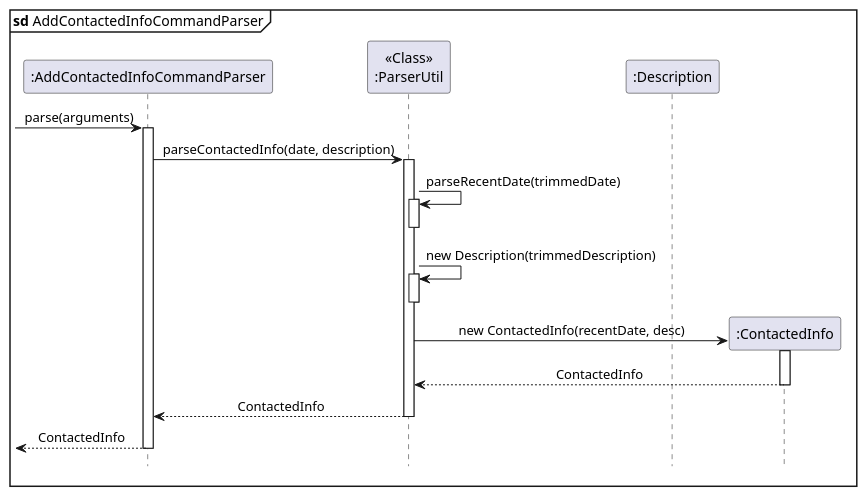
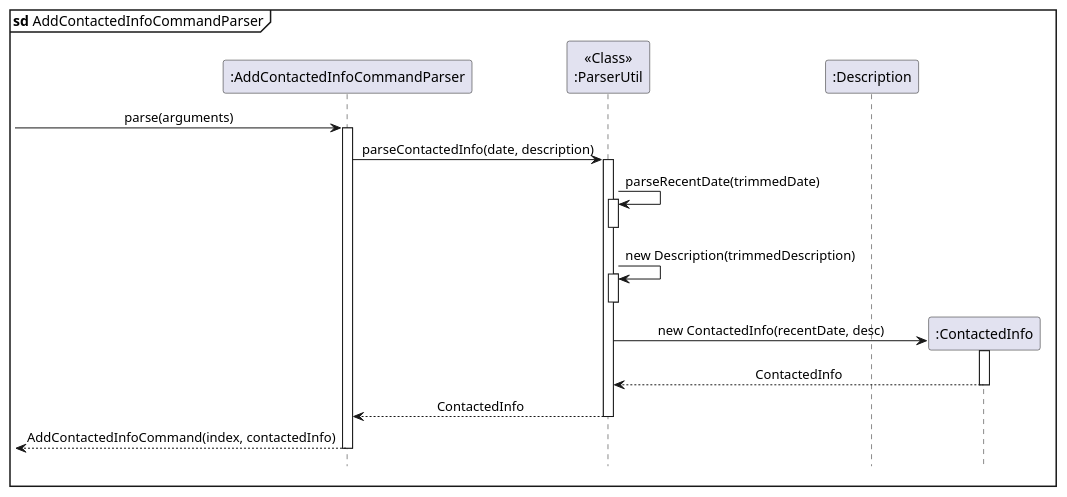
The diagram in docs/diagrams/AddContactedInfoCommandParserSeqDiagram.puml (pyk595/tp), drawn with PlantUML before and after one commit. The commit also changed 5 other files, not shown here.

```diff
--- a/docs/diagrams/AddContactedInfoCommandParserSeqDiagram.puml
+++ b/docs/diagrams/AddContactedInfoCommandParserSeqDiagram.puml
@@ -1,46 +1,46 @@
 @startuml
 'https://plantuml.com/sequence-diagram
 
 mainframe **sd** AddContactedInfoCommandParser
 hide footbox
 
 skinparam Sequence {
     MessageAlign center
     BoxFontSize 15
     BoxPadding 0
     BoxFontColor #FFFFFF
     FontName Arial
 }
 
 participant ":AddContactedInfoCommandParser" as AddContactedInfoCommandParser
 participant "<<Class>>\n:ParserUtil" as ParserUtil
 participant ":Description" as Description
 participant ":ContactedInfo" as ContactedInfo
 
 -> AddContactedInfoCommandParser : parse(arguments)
 
 activate AddContactedInfoCommandParser
 AddContactedInfoCommandParser -> ParserUtil : parseContactedInfo(date, description)
 activate ParserUtil
 
 ParserUtil -> ParserUtil : parseRecentDate(trimmedDate)
 activate ParserUtil
 deactivate ParserUtil
 
 ParserUtil -> ParserUtil : new Description(trimmedDescription)
 activate ParserUtil
 deactivate ParserUtil
 
 Create ContactedInfo
 ParserUtil -> ContactedInfo : new ContactedInfo(recentDate, desc)
 activate ContactedInfo
 
 ContactedInfo --> ParserUtil : ContactedInfo
 deactivate ContactedInfo
 
 ParserUtil --> AddContactedInfoCommandParser : ContactedInfo
 deactivate ParserUtil
 
-<-- AddContactedInfoCommandParser: ContactedInfo
+<-- AddContactedInfoCommandParser: AddContactedInfoCommand(index, contactedInfo)
 deactivate AddContactedInfoCommandParser
 @enduml
```
